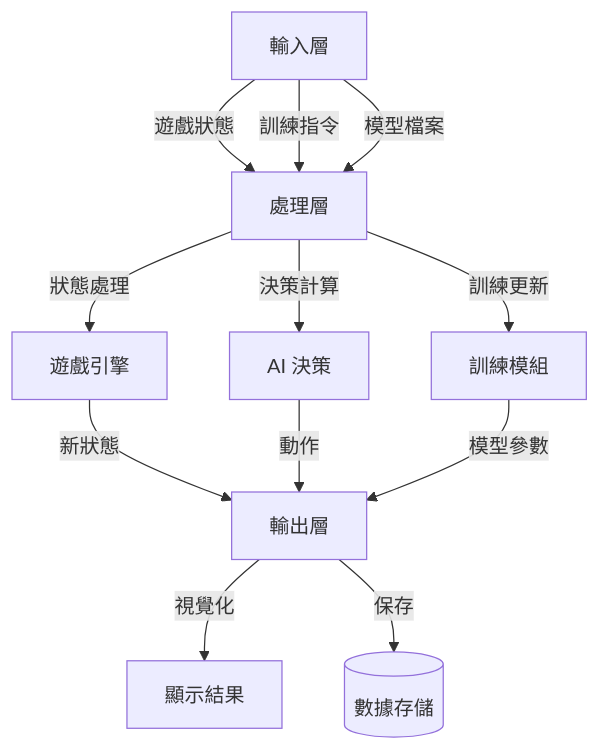
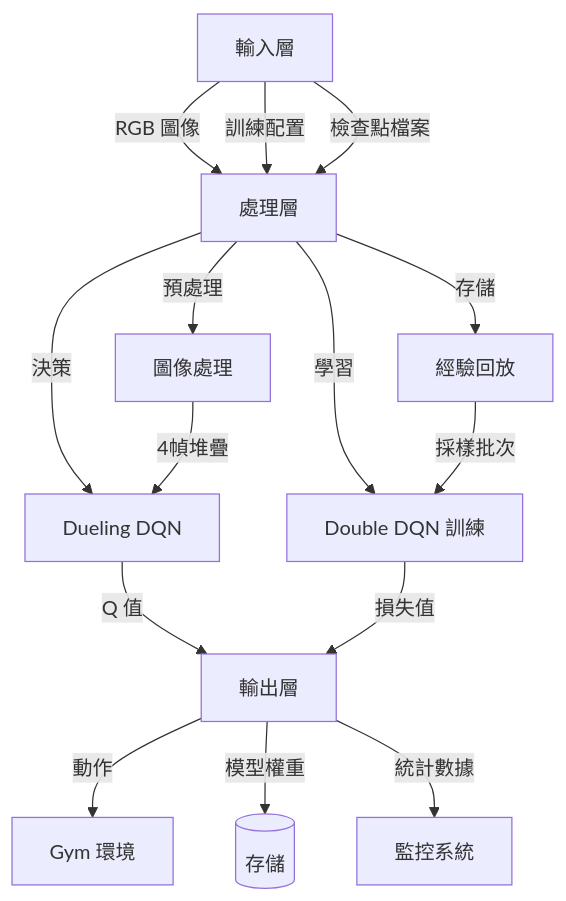
One commit to C111112104/ML_Game changed the fourth of 8 diagrams in doc/ping-pong-ai-project.md. Above: the diagram before and after it, drawn with Mermaid. The commit also changed other lines of this file, not shown here.

````diff
--- a/doc/ping-pong-ai-project.md
+++ b/doc/ping-pong-ai-project.md
@@ -278,17 +292,20 @@
 ```mermaid
 graph TB
-    Input[輸入層] -->|遊戲狀態| Process[處理層]
-    Input -->|訓練指令| Process
-    Input -->|模型檔案| Process
+    Input[輸入層] -->|RGB 圖像| Process[處理層]
+    Input -->|訓練配置| Process
+    Input -->|檢查點檔案| Process
 
-    Process -->|狀態處理| P1[遊戲引擎]
-    Process -->|決策計算| P2[AI 決策]
-    Process -->|訓練更新| P3[訓練模組]
+    Process -->|預處理| P1[圖像處理]
+    Process -->|決策| P2[Dueling DQN]
+    Process -->|學習| P3[Double DQN 訓練]
+    Process -->|存儲| P4[經驗回放]
 
-    P1 -->|新狀態| Output[輸出層]
-    P2 -->|動作| Output
-    P3 -->|模型參數| Output
+    P1 -->|4幀堆疊| P2
+    P2 -->|Q 值| Output[輸出層]
+    P3 -->|損失值| Output
+    P4 -->|採樣批次| P3
 
-    Output -->|視覺化| Display[顯示結果]
-    Output -->|保存| Storage[(數據存儲)]
+    Output -->|動作| GymEnv[Gym 環境]
+    Output -->|模型權重| Storage[(存儲)]
+    Output -->|統計數據| Monitor[監控系統]
 ```
````
